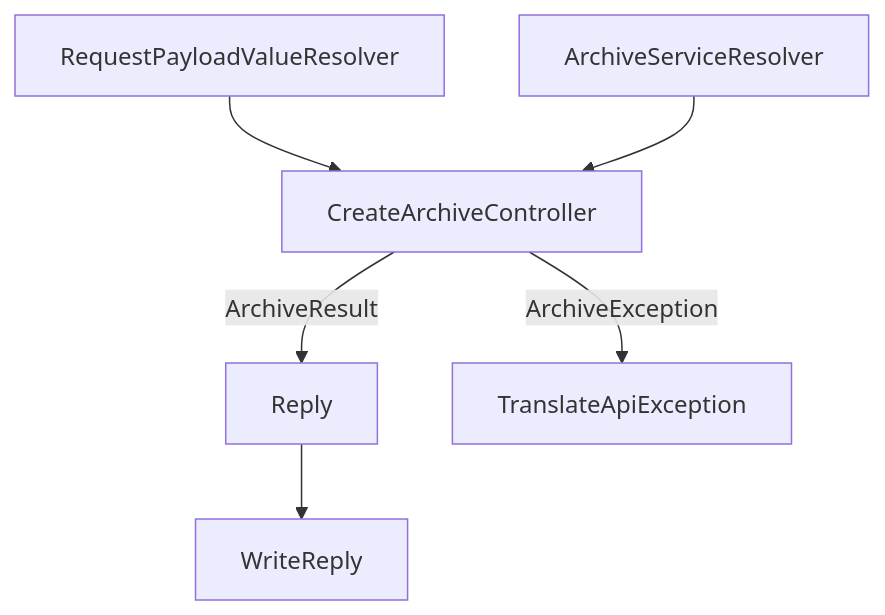
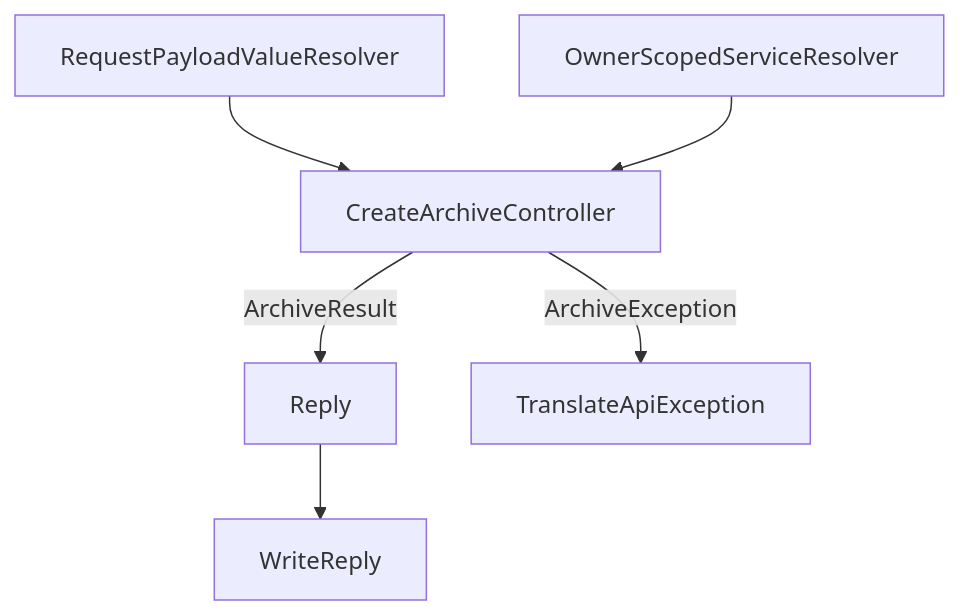
The diagram in packages/web-app/doc/flows/create-archive.md (yurimorini/article-archiver), drawn with Mermaid before and after one commit. The commit also changed other lines of this file and 13 other files, not shown here.

First line of the commit message:
refactor: build every owner-scoped service in one resolver

````diff
--- a/packages/web-app/doc/flows/create-archive.md
+++ b/packages/web-app/doc/flows/create-archive.md
@@ -9,8 +9,8 @@
 ```mermaid
 flowchart TD
   payload[RequestPayloadValueResolver] --> action[CreateArchiveController]
-  resolver[ArchiveServiceResolver] --> action
+  resolver[OwnerScopedServiceResolver] --> action
   action -->|ArchiveResult| reply[Reply]
   action -->|ArchiveException| error[TranslateApiException]
   reply --> view[WriteReply]
 ```
````
